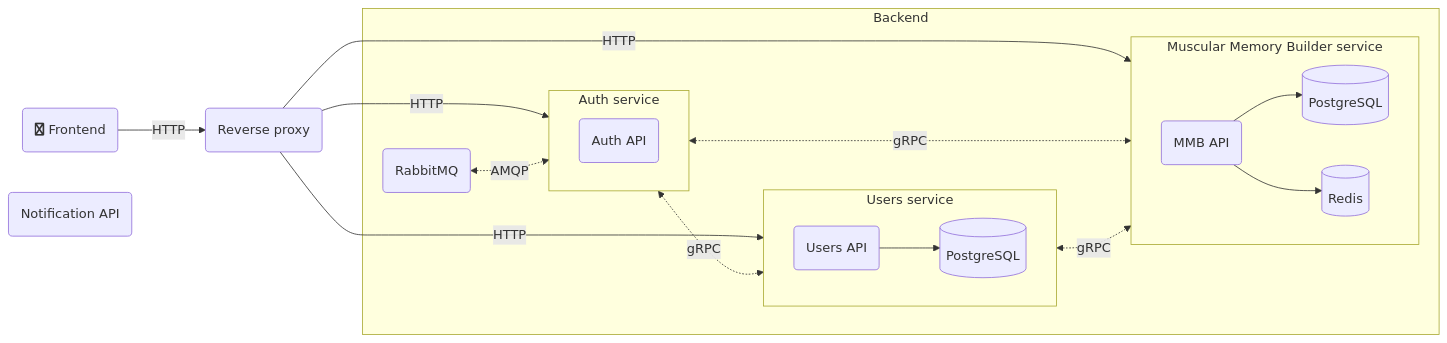
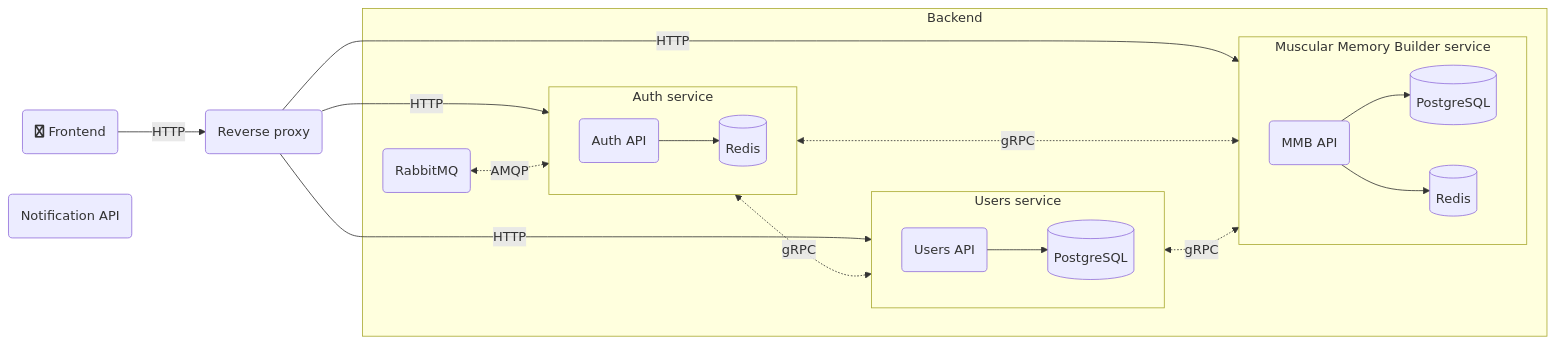
One commit to henshiapp/henshi changed the diagram in README.md. Above: the diagram before and after it, drawn with Mermaid. The commit also changed other lines of this file and 138 other files, not shown here.

````diff
--- a/README.md
+++ b/README.md
@@ -25,39 +25,40 @@
 ```mermaid
 flowchart LR
 %% Styles
     classDef app fill:#f7e081,stroke:#333,stroke-width:1px
 
 %% Entities
     FE(fa:fa-twitter Frontend)
     LB(Reverse proxy)
     A(Auth API)
+    A-R[(Redis)]
     U(Users API)
     U-P[(PostgreSQL)]
     N(Notification API)
     MMB(MMB API)
     MMB-P[(PostgreSQL)]
     MMB-R[(Redis)]
     RMQ(RabbitMQ)
 
 %% Flow
     FE -->|HTTP| LB
     LB --->|HTTP| AS & US & MMBS
     AS <-.->|gRPC| US & MMBS
     US <-.->|gRPC| MMBS
     subgraph Backend
         RMQ <-.->|AMQP| AS
         subgraph AS [Auth service]
             direction LR
-            A
+            A --> A-R
         end
         subgraph US [Users service]
             direction LR
             U --> U-P
         end
         subgraph MMBS [Muscular Memory Builder service]
             direction LR
             MMB --> MMB-P
             MMB --> MMB-R
         end
     end
 ```
````
